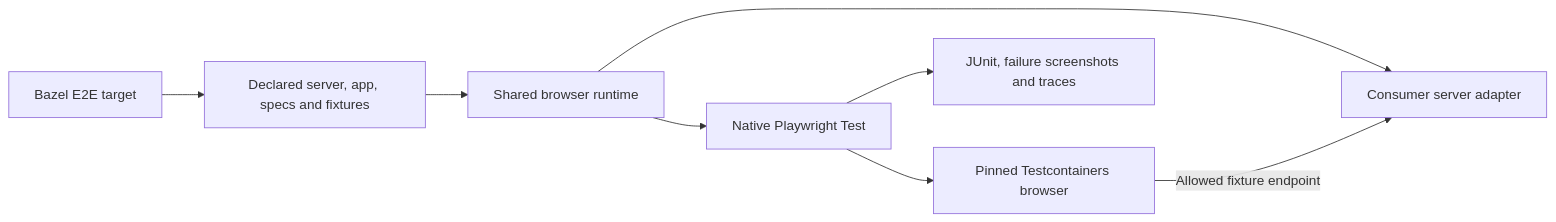
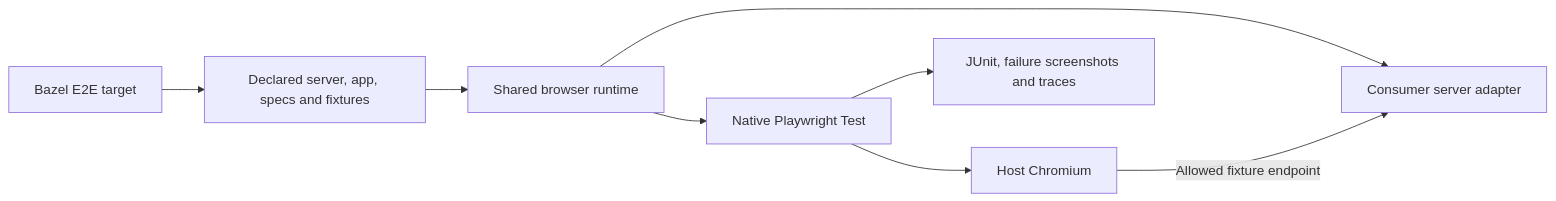
One commit to perplexityai/rules_web_e2e changed the diagram in docs/e2e.md. Above: the diagram before and after it, drawn with Mermaid. The commit also changed other lines of this file and 56 other files, not shown here.

````diff
--- a/docs/e2e.md
+++ b/docs/e2e.md
@@ -58,10 +58,10 @@
 ```mermaid
 flowchart LR
   Target[Bazel E2E target] --> Inputs[Declared server, app, specs and fixtures]
   Inputs --> Runtime[Shared browser runtime]
   Runtime --> Server[Consumer server adapter]
   Runtime --> Tests[Native Playwright Test]
-  Tests --> Browser[Pinned Testcontainers browser]
+  Tests --> Browser[Host Chromium]
   Browser -->|Allowed fixture endpoint| Server
   Tests --> Results[JUnit, failure screenshots and traces]
 ```
````
